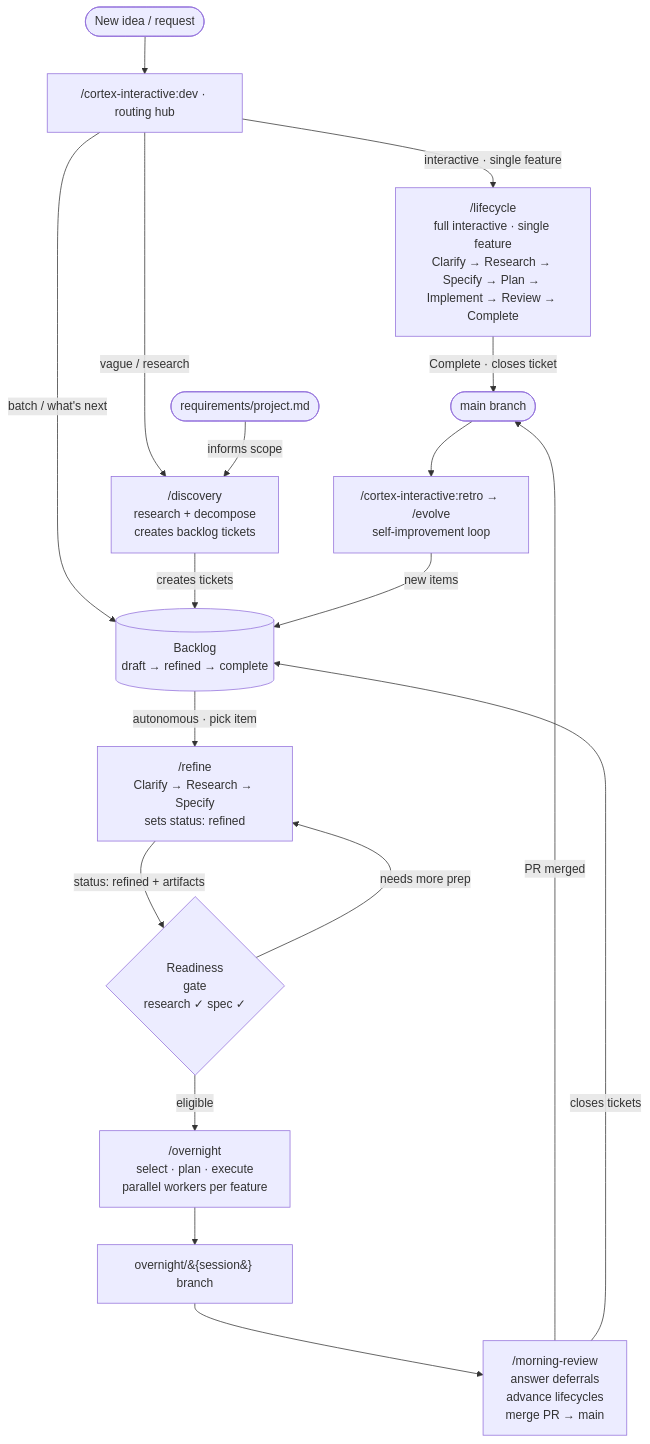
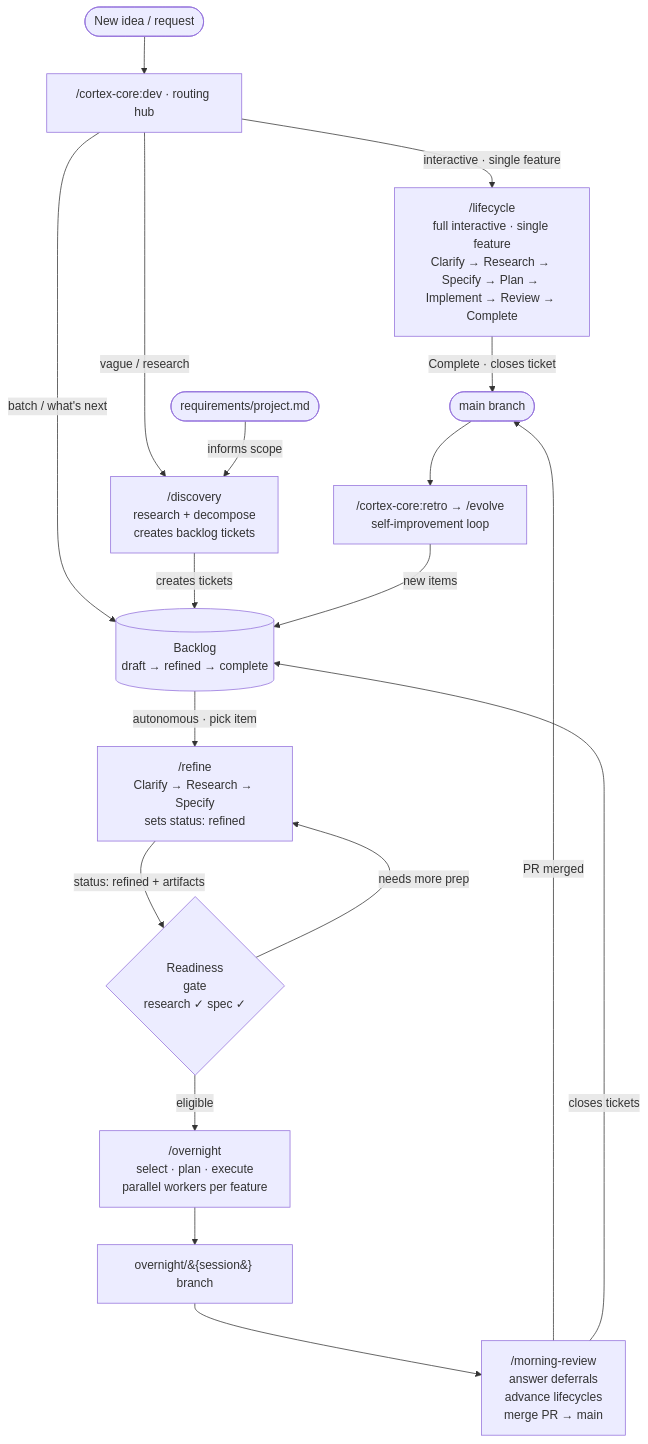
Before and after one commit to charleshall888/cortex-command: the diagram in docs/agentic-layer.md, drawn with Mermaid. The commit also changed other lines of this file and 250 other files, not shown here.

First line of the commit message:
Rename plugins to cortex-core and cortex-overnight (#7)

````diff
--- a/docs/agentic-layer.md
+++ b/docs/agentic-layer.md
@@ -72,46 +72,46 @@
 ```mermaid
 graph TD
     START([New idea / request])
-    DEV["/cortex-interactive:dev · routing hub"]
+    DEV["/cortex-core:dev · routing hub"]
 
     LC["/lifecycle\nfull interactive · single feature\nClarify → Research → Specify → Plan → Implement → Review → Complete"]
     DISC["/discovery\nresearch + decompose\ncreates backlog tickets"]
     BACKLOG[("Backlog<br/>draft → refined → complete")]
     REQ([requirements/project.md])
 
     REFINE["/refine\nClarify → Research → Specify\nsets status: refined"]
     GATE{"Readiness\ngate\nresearch ✓  spec ✓"}
 
     OVN["/overnight\nselect · plan · execute\nparallel workers per feature"]
     INTBR["overnight/&#123;session&#125; branch"]
 
     MR["/morning-review\nanswer deferrals\nadvance lifecycles\nmerge PR → main"]
 
-    EVOLVE["/cortex-interactive:retro → /evolve\nself-improvement loop"]
+    EVOLVE["/cortex-core:retro → /evolve\nself-improvement loop"]
 
     MAIN([main branch])
 
     START --> DEV
     DEV -->|"interactive · single feature"| LC
     DEV -->|"vague / research"| DISC
     DEV -->|"batch / what's next"| BACKLOG
 
     DISC -->|"creates tickets"| BACKLOG
 
     REQ -->|"informs scope"| DISC
 
     BACKLOG -->|"autonomous · pick item"| REFINE
     REFINE -->|"status: refined + artifacts"| GATE
     GATE -->|"eligible"| OVN
     GATE -->|"needs more prep"| REFINE
 
     OVN --> INTBR
     INTBR --> MR
     MR -->|"PR merged"| MAIN
     MR -->|"closes tickets"| BACKLOG
 
     LC -->|"Complete · closes ticket"| MAIN
 
     MAIN --> EVOLVE
     EVOLVE -->|"new items"| BACKLOG
 ```
````
